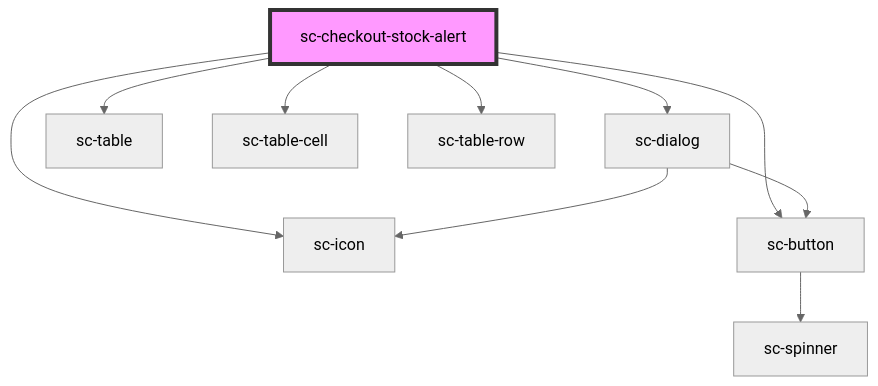
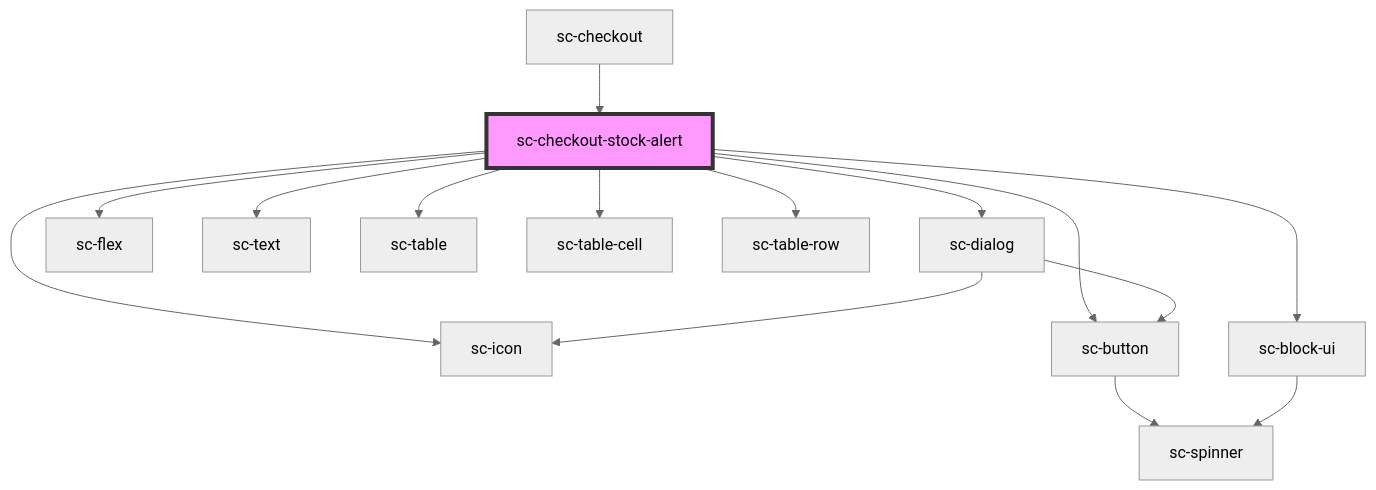
The diagram in packages/components/src/components/controllers/checkout-form/checkout/checkout-stock-alert/readme.md (surecart/surecart-wp-plugin), drawn with Mermaid (neutral theme) before and after one commit. The commit also changed other lines of this file and 34 other files, not shown here.

````diff
--- a/packages/components/src/components/controllers/checkout-form/checkout/checkout-stock-alert/readme.md
+++ b/packages/components/src/components/controllers/checkout-form/checkout/checkout-stock-alert/readme.md
@@ -32,13 +45,18 @@
 ```mermaid
 graph TD;
   sc-checkout-stock-alert --> sc-dialog
+  sc-checkout-stock-alert --> sc-flex
   sc-checkout-stock-alert --> sc-icon
+  sc-checkout-stock-alert --> sc-text
   sc-checkout-stock-alert --> sc-table
   sc-checkout-stock-alert --> sc-table-cell
   sc-checkout-stock-alert --> sc-table-row
   sc-checkout-stock-alert --> sc-button
+  sc-checkout-stock-alert --> sc-block-ui
   sc-dialog --> sc-button
   sc-dialog --> sc-icon
   sc-button --> sc-spinner
+  sc-block-ui --> sc-spinner
+  sc-checkout --> sc-checkout-stock-alert
   style sc-checkout-stock-alert fill:#f9f,stroke:#333,stroke-width:4px
 ```
````
